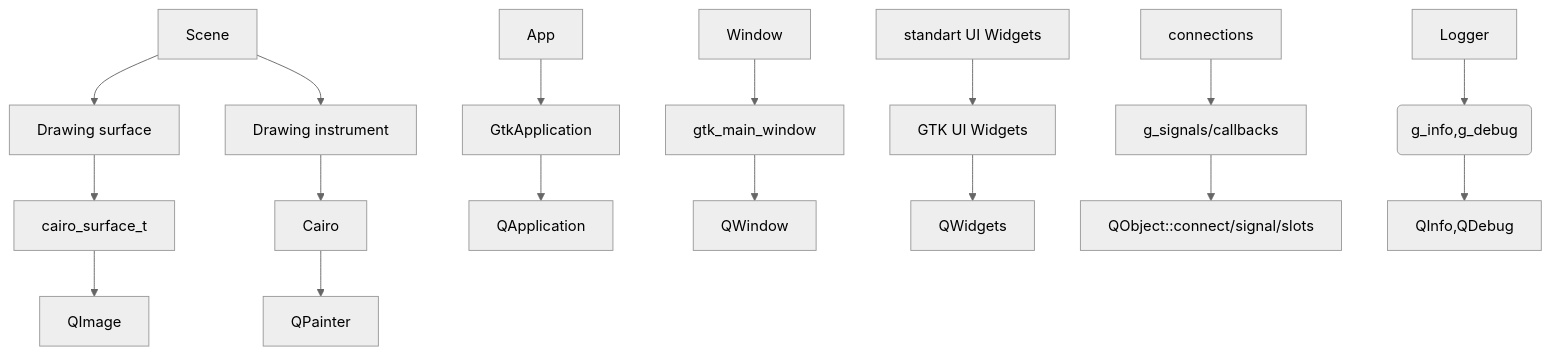
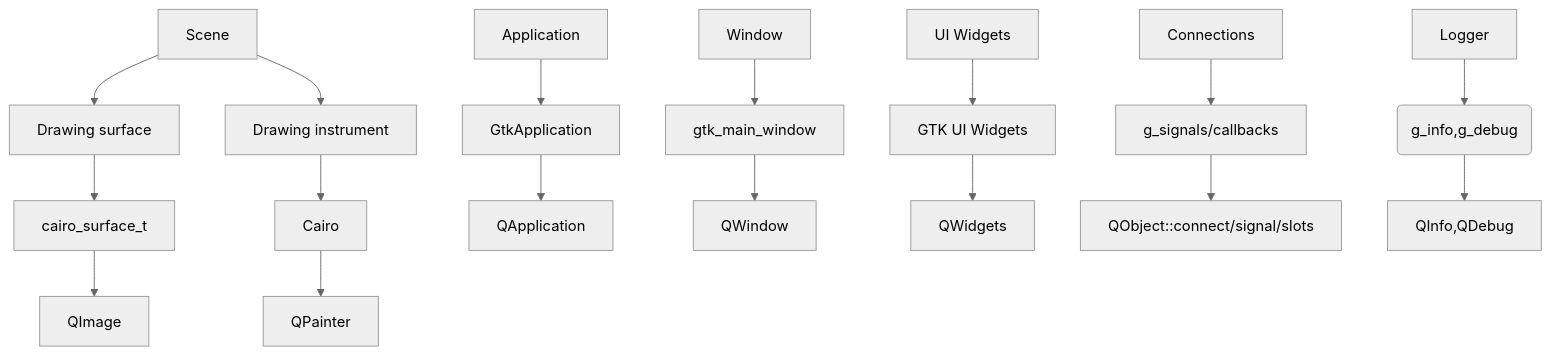
Before and after one commit to w0lek/ezgl: the first of 4 diagrams in doc/qtport.md, drawn with Mermaid (neutral theme).

Commit message:
checkpoint

````diff
--- a/doc/qtport.md
+++ b/doc/qtport.md
@@ -24,33 +24,40 @@
 ```mermaid
 flowchart TD
   %% components
   component_scene[Scene]
+  component_app[Application]
+  component_window[Window]
+  component_draw_surface[Drawing surface]
+  component_draw_instrument[Drawing instrument]
+  component_ui_widgets[UI Widgets]
+  component_connections[Connections]
+  component_log[Logger]
 
   %% gtk
   gtk_app[GtkApplication]
   gtk_window[gtk_main_window]
   cairo_surface_t[cairo_surface_t]
   cairo[Cairo]
   gtk_ui_widgets[GTK UI Widgets]
   g_signals[g_signals/callbacks]
   g_logs(g_info,g_debug)
   
   %% qt
   qapp[QApplication]
   qimage[QImage]
   qwindow[QWindow]
   qwidgets[QWidgets]
   qpainter[QPainter]
   qconnect[QObject::connect/signal/slots]
   qlogs[QInfo,QDebug]
 
-  component0[App] --> gtk_app --> qapp
-  component1[Window] --> gtk_window --> qwindow
-  component2[Drawing surface] --> cairo_surface_t --> qimage
-  component3[Drawing instrument] --> cairo --> qpainter
-  component_scene --> component2
-  component_scene --> component3
-  component4[standart UI Widgets] --> gtk_ui_widgets --> qwidgets
-  component5[connections] --> g_signals --> qconnect
-  component6[Logger] --> g_logs --> qlogs
+  component_app --> gtk_app --> qapp
+  component_window --> gtk_window --> qwindow
+  component_draw_surface --> cairo_surface_t --> qimage
+  component_draw_instrument --> cairo --> qpainter
+  component_scene --> component_draw_surface
+  component_scene --> component_draw_instrument
+  component_ui_widgets --> gtk_ui_widgets --> qwidgets
+  component_connections --> g_signals --> qconnect
+  component_log --> g_logs --> qlogs
 ```
````
